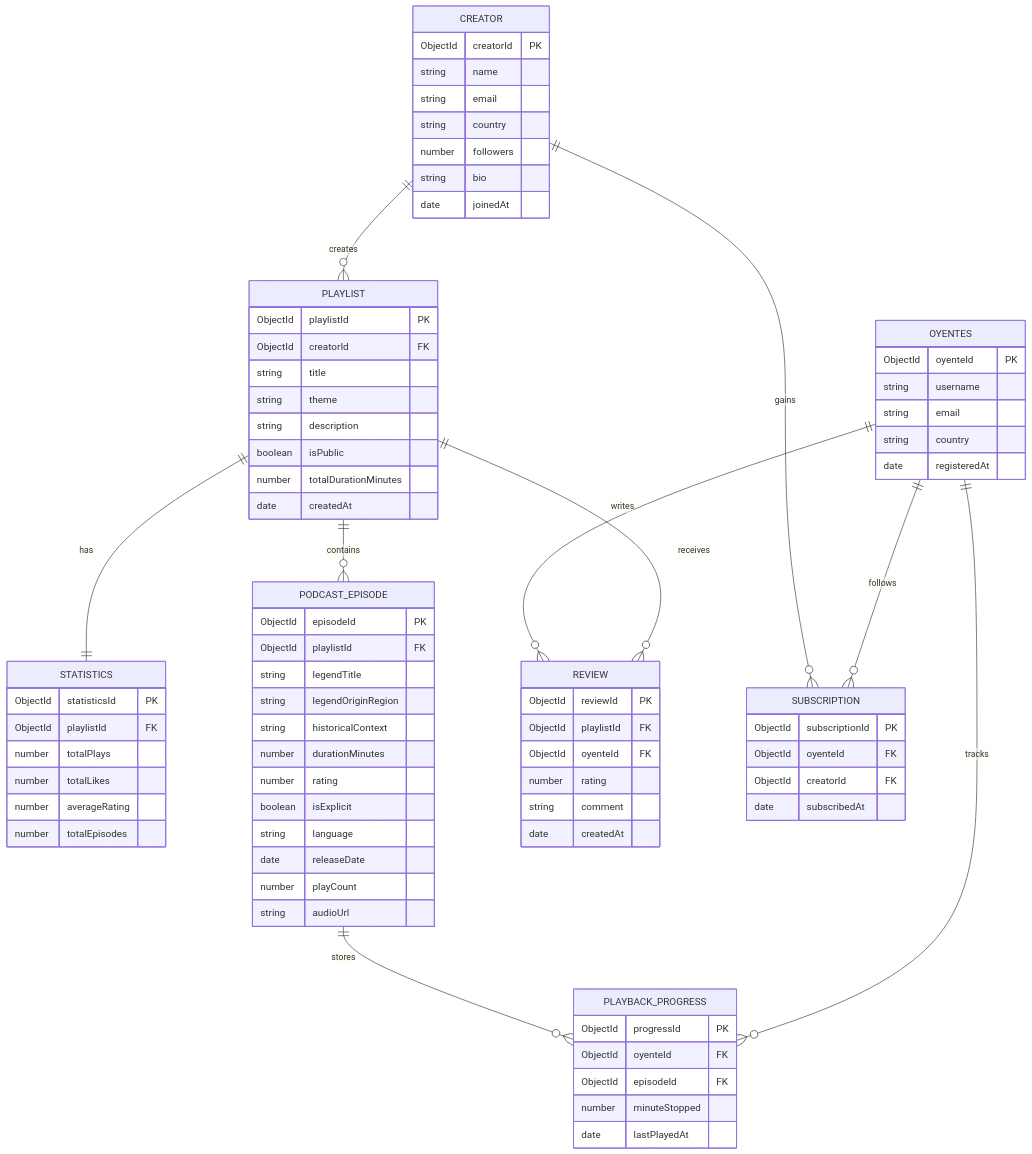
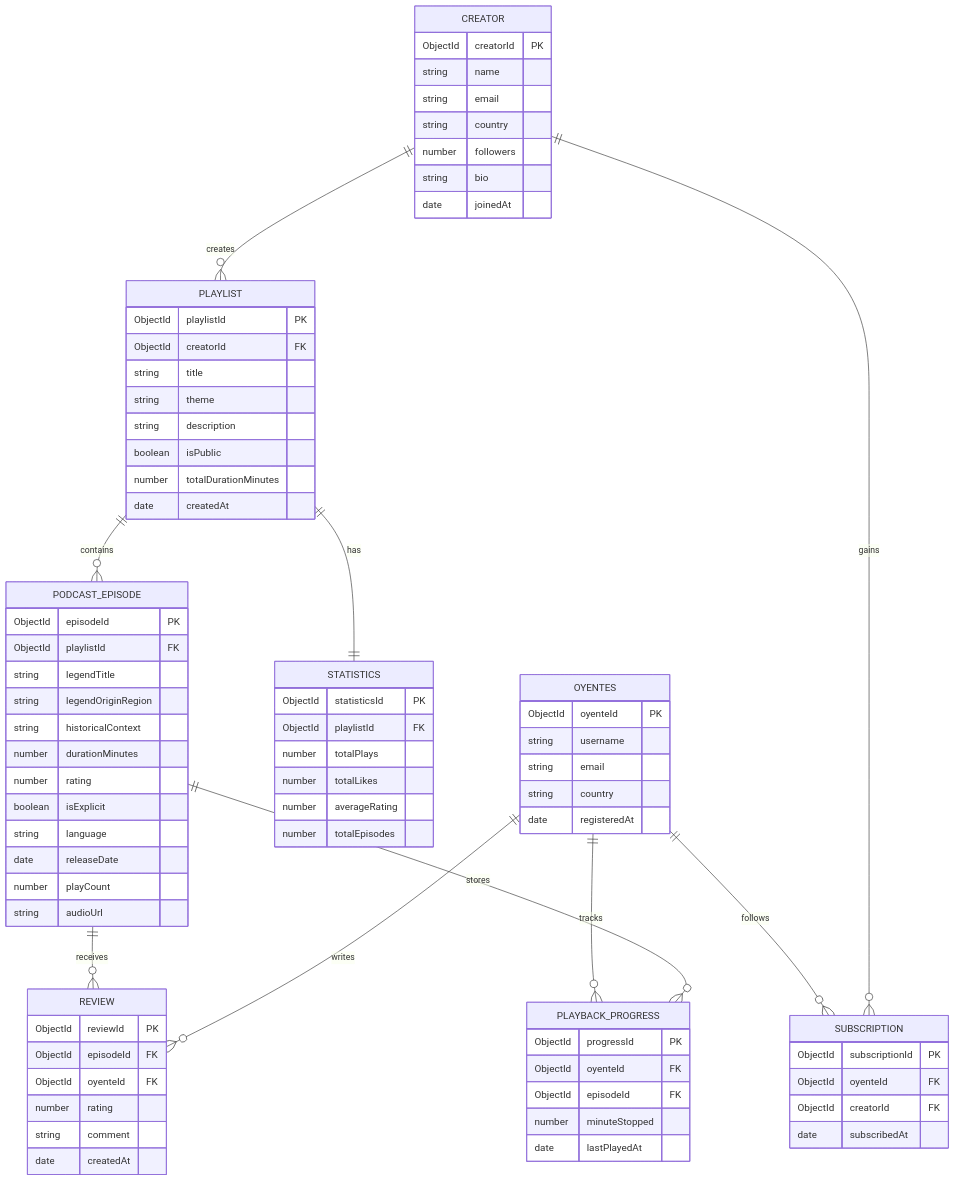
The diagram in docs/schema.md (klraJlpz/Podcasts-), drawn with Mermaid before and after one commit.

Commit message:
Update foreign key in REVIEW schema and relationships

```diff
--- a/docs/schema.md
+++ b/docs/schema.md
@@ -55,7 +55,7 @@
 
 REVIEW {
     ObjectId reviewId PK
-    ObjectId playlistId FK
+    ObjectId episodeId FK
     ObjectId oyenteId FK
     number rating
     string comment
@@ -80,7 +80,7 @@
 CREATOR ||--o{ PLAYLIST : creates
 PLAYLIST ||--|| STATISTICS : has
 PLAYLIST ||--o{ PODCAST_EPISODE : contains
-PLAYLIST ||--o{ REVIEW : receives
+PODCAST_EPISODE ||--o{ REVIEW : receives
 OYENTES ||--o{ REVIEW : writes
 OYENTES ||--o{ PLAYBACK_PROGRESS : tracks
 PODCAST_EPISODE ||--o{ PLAYBACK_PROGRESS : stores
```
